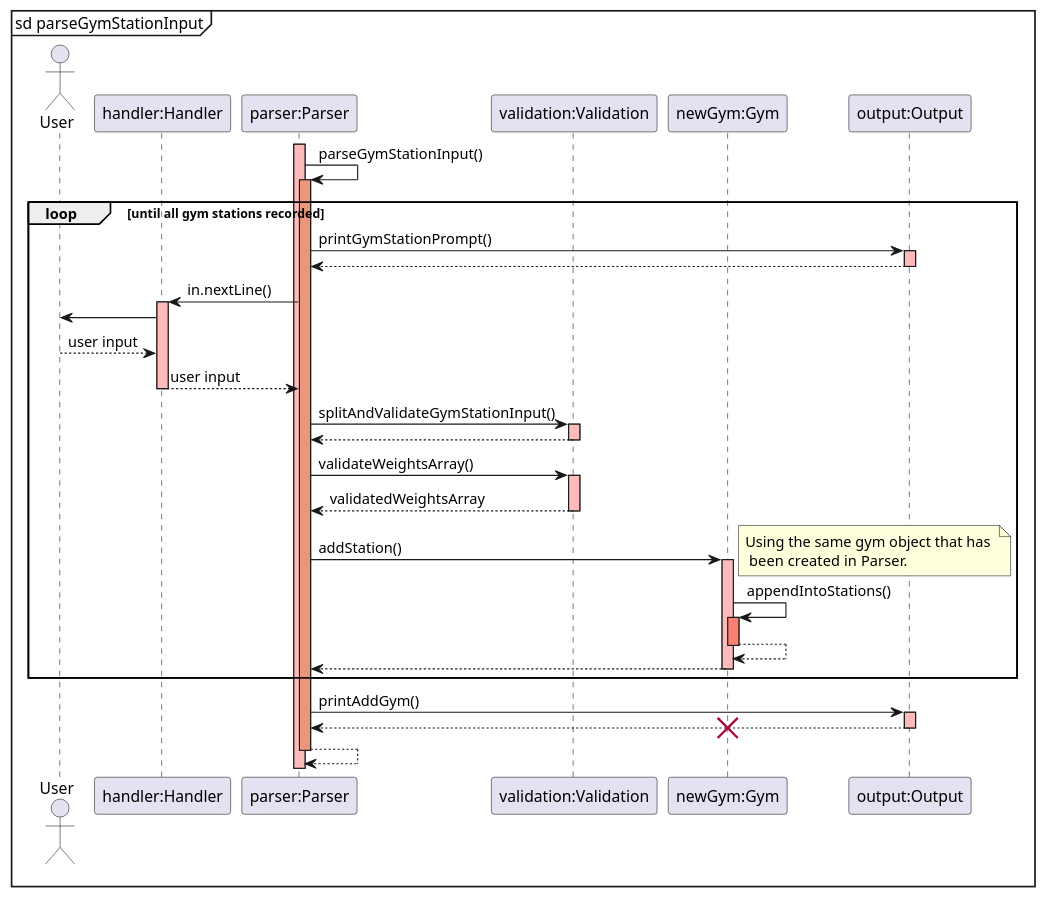
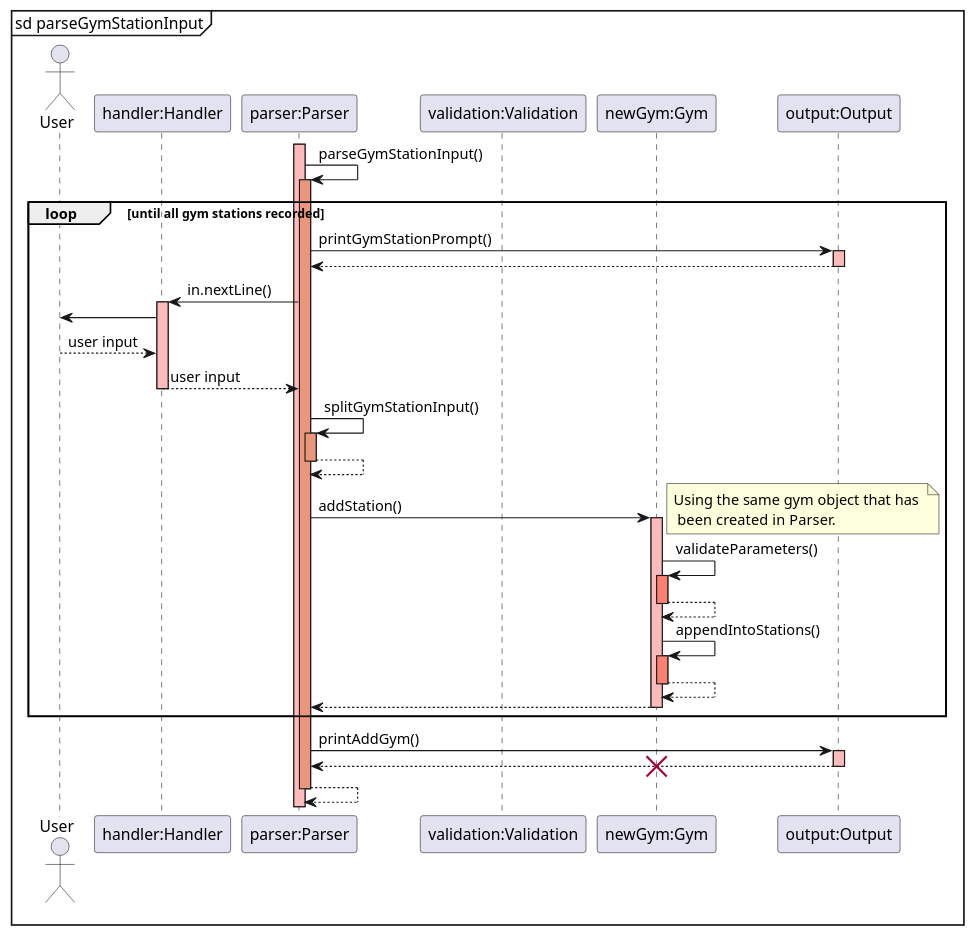
The diagram in docs/puml/sequence_diagrams/gym_station_sequence.puml (rouvinerh/tp), drawn with PlantUML before and after one commit. The commit also changed 5 other files, not shown here.

Commit message:
modify seq diagram

```diff
--- a/docs/puml/sequence_diagrams/gym_station_sequence.puml
+++ b/docs/puml/sequence_diagrams/gym_station_sequence.puml
@@ -1,51 +1,55 @@
 @startuml
 mainframe sd parseGymStationInput
 actor User
 participant "handler:Handler" as Handler
 participant "parser:Parser" as Parser
 participant "validation:Validation" as Validation
 participant "newGym:Gym" as Gym
 participant "output:Output" as Output
 
 activate Parser  #FFBBBB
 Parser -> Parser : parseGymStationInput()
     activate Parser #DarkSalmon
         loop until all gym stations recorded
             Parser -> Output : printGymStationPrompt()
             activate Output #FFBBBB
             Output --> Parser : 
             deactivate Output #DarkSalmon
 
             Parser -> Handler: in.nextLine()
             activate Handler #FFBBBB
             Handler -> User:
             User --> Handler: user input
             Handler --> Parser: user input
             deactivate Handler #FFBBBB
-            Parser -> Validation: splitAndValidateGymStationInput()
-            activate Validation #FFBBBB
-            Validation --> Parser:
+            Parser -> Parser: splitGymStationInput()
+            activate Parser #DarkSalmon
+            Parser --> Parser:
 
-            deactivate Validation #FFBBBB
-            Parser -> Validation: validateWeightsArray()
-            activate Validation #FFBBBB
-            Validation --> Parser: validatedWeightsArray
-            deactivate Validation #FFBBBB
+            deactivate Parser #DarkSalmon
+
             Parser -> Gym: addStation() 
             note right : Using the same gym object that has \n been created in Parser.
+
             activate Gym #FFBBBB
+
+            Gym -> Gym: validateParameters()
+            activate Gym #Salmon
+            Gym --> Gym: 
+            deactivate Gym #Salmon
+
             Gym -> Gym : appendIntoStations()
             activate Gym #Salmon
             Gym --> Gym : 
             deactivate Gym #Salmon
             Gym --> Parser:
             deactivate Gym #FFBBBB
         end
     Parser -> Output: printAddGym()
     activate Output #FFBBBB
     Output --> Parser:
     destroy Gym
     deactivate Output
     Parser --> Parser :
     deactivate Parser #DarkSalmon
 @enduml
```
